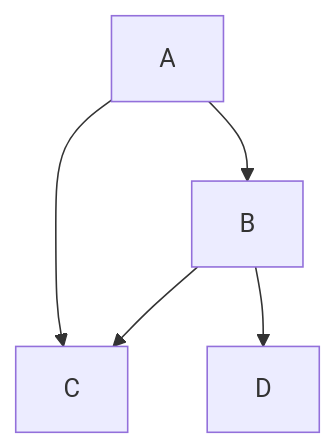
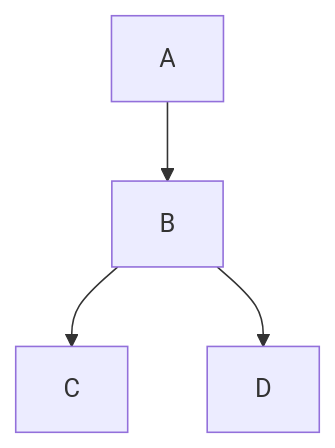
Before and after one commit to tobdos/ghpages-dogygen: the diagram in docs/index.md, drawn with Mermaid.

````diff
--- a/docs/index.md
+++ b/docs/index.md
@@ -10,7 +10,6 @@
 ```mermaid
 graph TD;
     A-->B;
-    A-->C;
     B-->C;
     B-->D;
 ```
````
